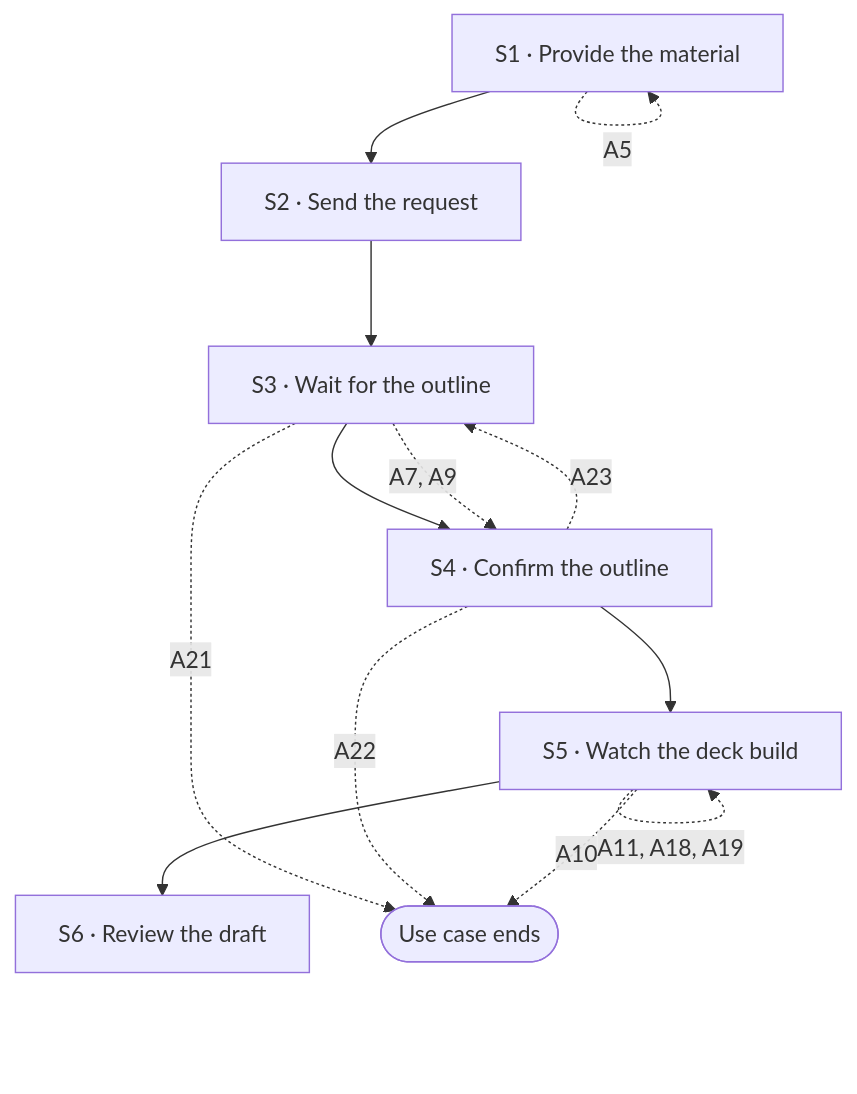
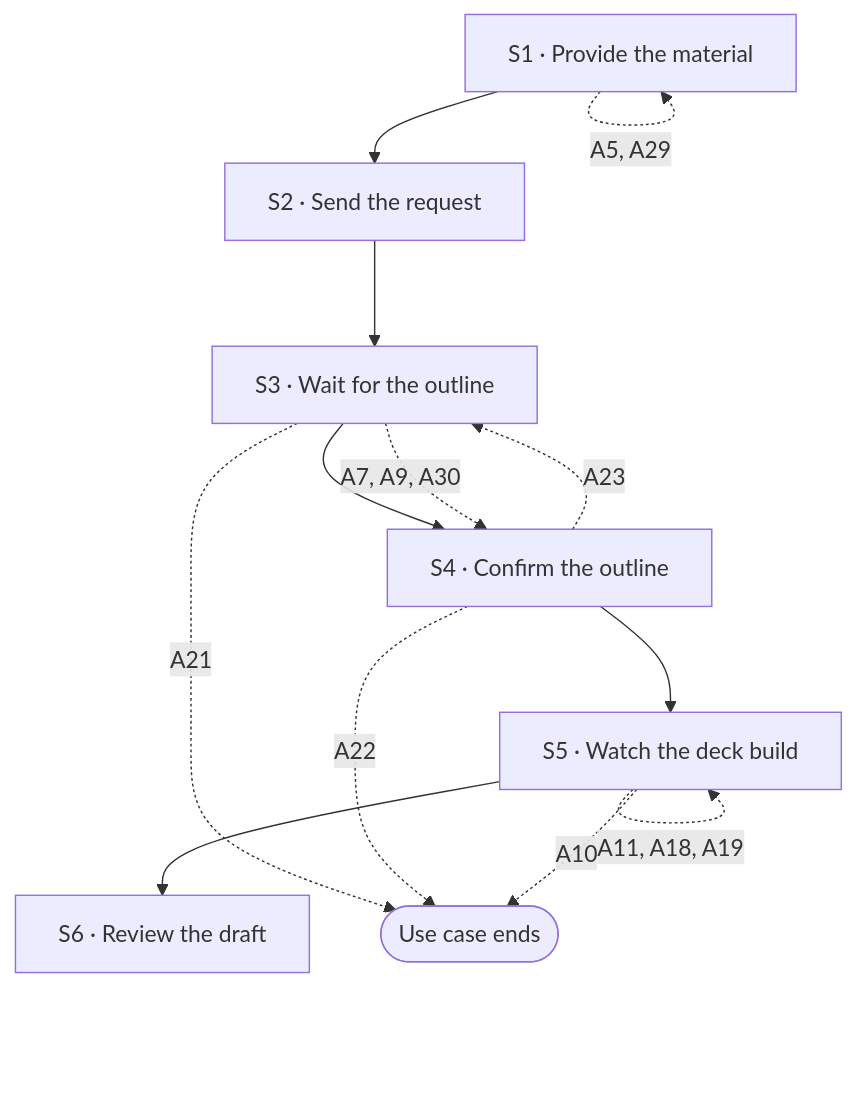
The diagram in docs/spec/02-use-cases/UC-001.md (Luke23127006/DeckAgent), drawn with Mermaid before and after one commit. The commit also changed other lines of this file and 2 other files, not shown here.

First line of the commit message:
docs(spec): add UC-004 deck import and pattern flows to UC-001

````diff
--- a/docs/spec/02-use-cases/UC-001.md
+++ b/docs/spec/02-use-cases/UC-001.md
@@ -18,18 +18,18 @@
 ```mermaid
 flowchart TD
   S1["S1 · Provide the material"]
   S2["S2 · Send the request"]
   S3["S3 · Wait for the outline"]
   S4["S4 · Confirm the outline"]
   S5["S5 · Watch the deck build"]
   S6["S6 · Review the draft"]
   DONE(["Use case ends"])
   S1 --> S2 --> S3 --> S4 --> S5 --> S6
-  S1 -.->|"A5"| S1
-  S3 -.->|"A7, A9"| S4
+  S1 -.->|"A5, A29"| S1
+  S3 -.->|"A7, A9, A30"| S4
   S3 -.->|"A21"| DONE
   S4 -.->|"A22"| DONE
   S4 -.->|"A23"| S3
   S5 -.->|"A10"| DONE
   S5 -.->|"A11, A18, A19"| S5
 ```
````
